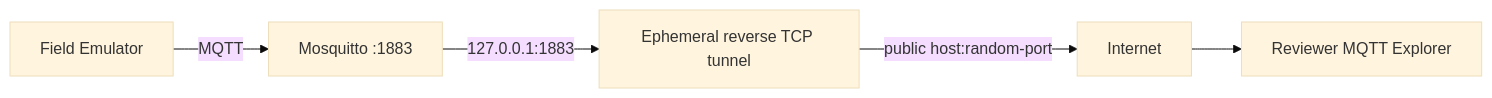
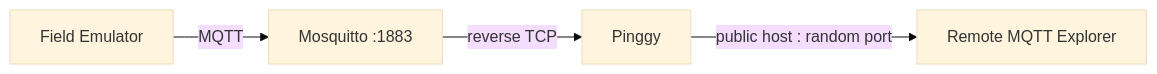
One commit to thradexIT/bfdb-telemetry-gateway changed the diagram in docs/08-commissioning/remote-mqtt-access.md. Above: the diagram before and after it, drawn with Mermaid (base theme). The commit also changed other lines of this file, not shown here.

Commit message:
docs: make Pinggy remote-review runbook fully executable

````diff
--- a/docs/08-commissioning/remote-mqtt-access.md
+++ b/docs/08-commissioning/remote-mqtt-access.md
@@ -9,7 +9,6 @@
 ```mermaid
 flowchart LR
     EMU["Field Emulator"] -->|"MQTT"| MOSQ["Mosquitto :1883"]
-    MOSQ -->|"127.0.0.1:1883"| TUN["Ephemeral reverse TCP tunnel"]
-    TUN -->|"public host:random-port"| NET["Internet"]
-    NET --> MX["Reviewer MQTT Explorer"]
+    MOSQ -->|"reverse TCP"| PINGGY["Pinggy"]
+    PINGGY -->|"public host : random port"| REVIEWER["Remote MQTT Explorer"]
 ```
````
